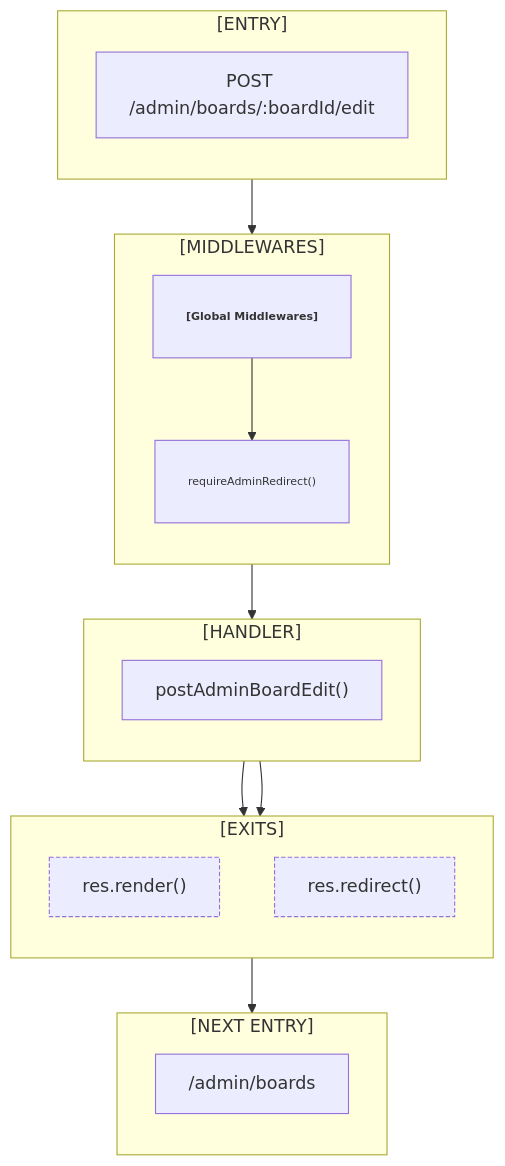
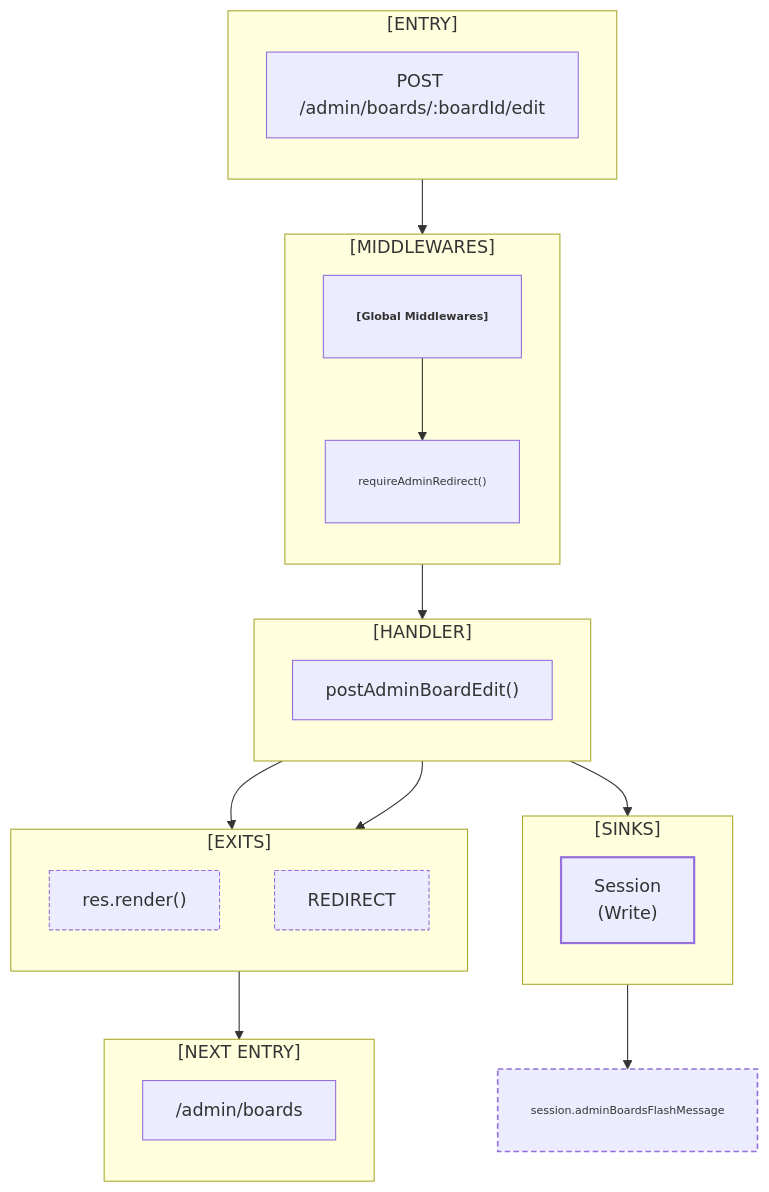
One commit to irondenker/my-code-my-kill changed the diagram in docs/flowmap/flows/POST__admin_boards_boardId_edit.mmd. Above: the diagram before and after it, drawn with Mermaid. The commit also changed 25 other files, not shown here.

Commit message:
📚 Docs: Update flowmap session key styles and redirect labels

```diff
--- a/docs/flowmap/flows/POST__admin_boards_boardId_edit.mmd
+++ b/docs/flowmap/flows/POST__admin_boards_boardId_edit.mmd
@@ -1,35 +1,49 @@
 flowchart TD
 subgraph ENTRY_BLOCK["[ENTRY]"]
 direction TB
 ENTRY["POST /admin/boards/:boardId/edit"]
 end
 subgraph MIDDLEWARES["[MIDDLEWARES]"]
 direction TB
 MIDDLEWARE1["<b>[Global Middlewares]</b>"]
 MIDDLEWARE2["requireAdminRedirect()"]
 end
 ENTRY --> MIDDLEWARE1
 MIDDLEWARE1 --> MIDDLEWARE2
 subgraph HANDLER_BLOCK["[HANDLER]"]
 direction TB
 HANDLER["postAdminBoardEdit()"]
 end
 MIDDLEWARE2 --> HANDLER
+subgraph SINKS["[SINKS]"]
+direction TB
+SINK1["Session<br/>(Write)"]
+end
+HANDLER --> SINK1
+SINK_WRITE_KEY1["session.adminBoardsFlashMessage"]
+SINK1 --> SINK_WRITE_KEY1
 subgraph EXITS["[EXITS]"]
 direction TB
 EXIT1["res.render()"]
-EXIT2["res.redirect()"]
+EXIT2["REDIRECT"]
 end
 HANDLER --> EXIT1
 HANDLER --> EXIT2
 subgraph NEXT_ENTRY["[NEXT ENTRY]"]
 direction TB
 NEXT_ENTRY1["/admin/boards"]
 end
 EXIT2 --> NEXT_ENTRY1
 classDef middleware font-size:10px,padding:2px,stroke-width:1;
 classDef diagnostics stroke-dasharray: 2 2;
 classDef sink stroke-width:2;
+classDef sessionKey font-size:10px,padding:2px;
+classDef flash stroke-dasharray: 5 3,stroke-width:1.5;
+classDef auth stroke-dasharray: 0,stroke-width:1.5;
+classDef other stroke:#6b7280;
 classDef exit stroke-dasharray: 4 2;
 class MIDDLEWARE1,MIDDLEWARE2 middleware;
+class SINK1 sink;
+class SINK_WRITE_KEY1 sessionKey;
+class SINK_WRITE_KEY1 flash;
 class EXIT1,EXIT2 exit;
```
